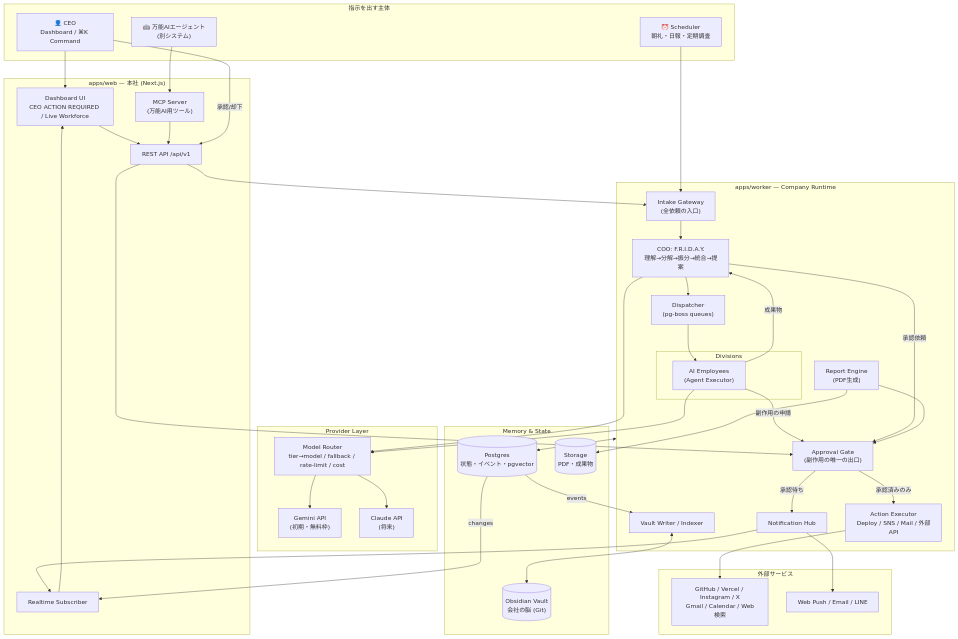
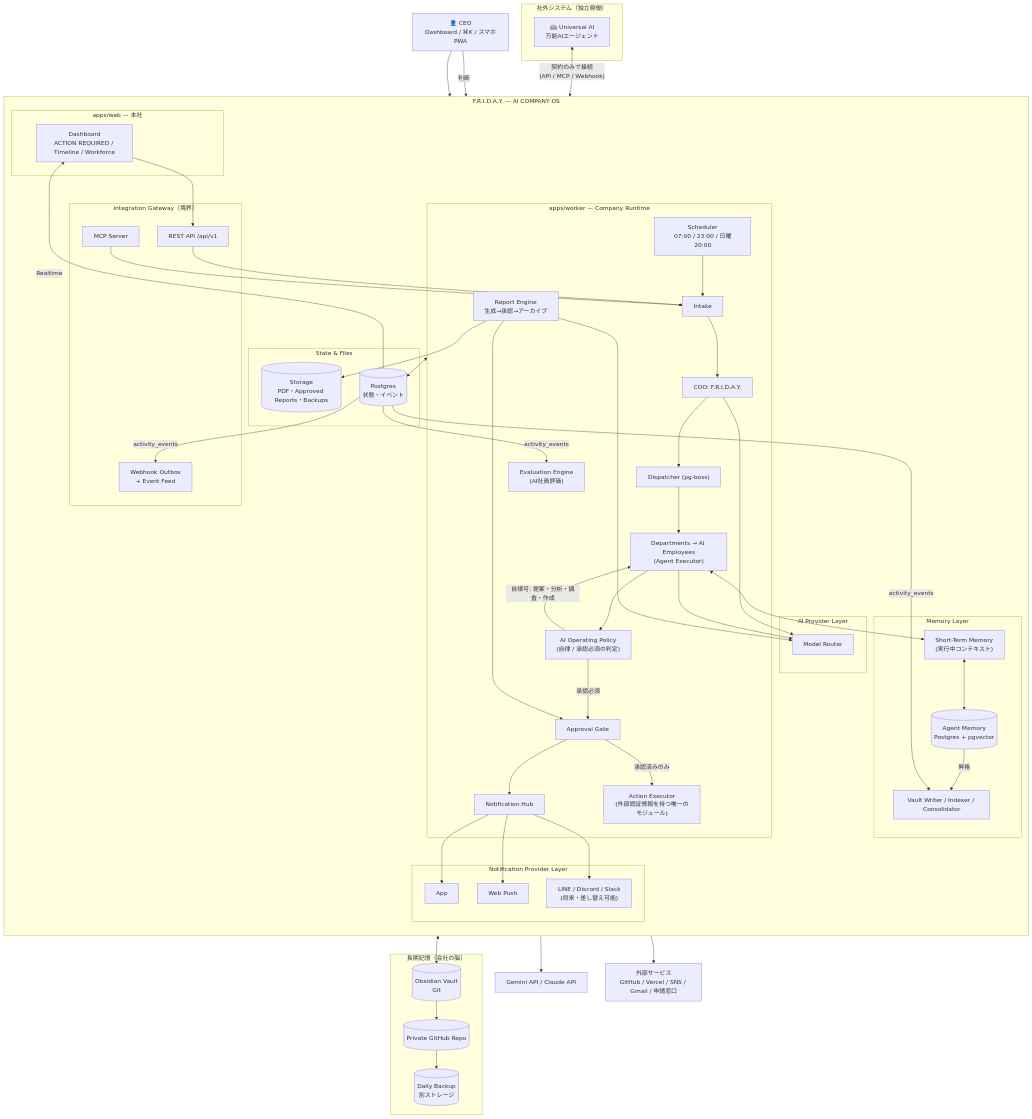
The first of 6 diagrams in docs/design/01-architecture.md (Re-Palette/ARQO-Company), drawn with Mermaid before and after one commit. The commit also changed other lines of this file and 32 other files, not shown here.

````diff
--- a/docs/design/01-architecture.md
+++ b/docs/design/01-architecture.md
@@ -44,67 +46,89 @@
 ```mermaid
 flowchart TB
-    subgraph Actors["指示を出す主体"]
-        CEO["👤 CEO<br/>Dashboard / ⌘K Command"]
-        UA["🤖 万能AIエージェント<br/>(別システム)"]
-        CRON["⏰ Scheduler<br/>朝礼・日報・定期調査"]
+    CEO["👤 CEO<br/>Dashboard / ⌘K / スマホPWA"]
+
+    subgraph EXT_UA["社外システム（独立稼働）"]
+        UA["🤖 Universal AI<br/>万能AIエージェント"]
     end
 
-    subgraph Web["apps/web — 本社 (Next.js)"]
-        UI["Dashboard UI<br/>CEO ACTION REQUIRED / Live Workforce"]
-        API["REST API /api/v1"]
-        MCP["MCP Server<br/>(万能AI用ツール)"]
-        RT["Realtime Subscriber"]
+    subgraph FRIDAY["F.R.I.D.A.Y. — AI COMPANY OS"]
+        direction TB
+
+        subgraph EDGE["Integration Gateway（境界）"]
+            API["REST API /api/v1"]
+            MCP["MCP Server"]
+            OUTBOX["Webhook Outbox<br/>+ Event Feed"]
+        end
+
+        subgraph WEB["apps/web — 本社"]
+            UI["Dashboard<br/>ACTION REQUIRED / Timeline / Workforce"]
+        end
+
+        subgraph RUNTIME["apps/worker — Company Runtime"]
+            INTAKE["Intake"]
+            COO["COO: F.R.I.D.A.Y."]
+            DISP["Dispatcher (pg-boss)"]
+            AG["Departments → AI Employees<br/>(Agent Executor)"]
+            POLICY["AI Operating Policy<br/>(自律 / 承認必須の判定)"]
+            GATE["Approval Gate"]
+            EXEC["Action Executor<br/>(外部認証情報を持つ唯一のモジュール)"]
+            REP["Report Engine<br/>生成→承認→アーカイブ"]
+            EVAL["Evaluation Engine<br/>(AI社員評価)"]
+            SCHED["Scheduler<br/>07:00 / 23:00 / 日曜20:00"]
+            NHUB["Notification Hub"]
+        end
+
+        subgraph MEM["Memory Layer"]
+            STM["Short-Term Memory<br/>(実行中コンテキスト)"]
+            AMEM[("Agent Memory<br/>Postgres + pgvector")]
+            VW["Vault Writer / Indexer / Consolidator"]
+        end
+
+        subgraph STATE["State & Files"]
+            PG[("Postgres<br/>状態・イベント")]
+            ST[("Storage<br/>PDF・Approved Reports・Backups")]
+        end
+
+        subgraph AIL["AI Provider Layer"]
+            ROUTER["Model Router"]
+        end
+
+        subgraph NPL["Notification Provider Layer"]
+            NAPP["App"]
+            NPUSH["Web Push"]
+            NFUT["LINE / Discord / Slack<br/>(将来・差し替え可能)"]
+        end
     end
 
-    subgraph Runtime["apps/worker — Company Runtime"]
-        INTAKE["Intake Gateway<br/>(全依頼の入口)"]
-        COO["COO: F.R.I.D.A.Y.<br/>理解→分解→振分→統合→提案"]
-        DISP["Dispatcher<br/>(pg-boss queues)"]
-        subgraph Divs["Divisions"]
-            AG["AI Employees<br/>(Agent Executor)"]
-        end
-        GATE["Approval Gate<br/>(副作用の唯一の出口)"]
-        EXEC["Action Executor<br/>Deploy / SNS / Mail / 外部API"]
-        REP["Report Engine<br/>(PDF生成)"]
-        NOTI["Notification Hub"]
-        VW["Vault Writer / Indexer"]
+    subgraph LT["長期記憶（会社の脳）"]
+        VAULT[("Obsidian Vault<br/>Git")]
+        GH[("Private GitHub Repo")]
+        BK[("Daily Backup<br/>別ストレージ")]
     end
 
-    subgraph AI["Provider Layer"]
-        ROUTER["Model Router<br/>tier→model / fallback / rate-limit / cost"]
-        GEM["Gemini API<br/>(初期・無料枠)"]
-        CLA["Claude API<br/>(将来)"]
-    end
-
-    subgraph Data["Memory & State"]
-        PG[("Postgres<br/>状態・イベント・pgvector")]
-        ST[("Storage<br/>PDF・成果物")]
-        VAULT[("Obsidian Vault<br/>会社の脳 (Git)")]
-    end
-
-    subgraph Ext["外部サービス"]
-        EXTS["GitHub / Vercel / Instagram / X<br/>Gmail / Calendar / Web検索"]
-        PUSH["Web Push / Email / LINE"]
-    end
+    LLM["Gemini API / Claude API"]
+    EXTS["外部サービス<br/>GitHub / Vercel / SNS / Gmail / 申請窓口"]
 
     CEO --> UI --> API
-    UA --> MCP --> API
-    CRON --> INTAKE
-    API --> INTAKE --> COO --> DISP --> AG
-    AG -- 成果物 --> COO
-    AG -- 副作用の申請 --> GATE
-    COO -- 承認依頼 --> GATE
-    GATE -- 承認待ち --> NOTI
-    CEO -- 承認/却下 --> API --> GATE
-    GATE -- 承認済みのみ --> EXEC --> EXTS
+    UA <-->|"契約のみで接続<br/>(API / MCP / Webhook)"| EDGE
+    API & MCP --> INTAKE
+    SCHED --> INTAKE
+    INTAKE --> COO --> DISP --> AG
+    AG --> POLICY
+    POLICY -->|"自律可: 提案・分析・調査・作成"| AG
+    POLICY -->|"承認必須"| GATE
+    GATE --> NHUB
+    CEO -->|"判断"| GATE
+    GATE -->|"承認済みのみ"| EXEC --> EXTS
+    AG <--> STM
+    STM <--> AMEM
+    AMEM -->|"昇格"| VW
+    VW <--> VAULT --> GH --> BK
     REP --> ST
     REP --> GATE
-    NOTI --> PUSH
-    NOTI --> RT
-    COO & AG --> ROUTER
-    ROUTER --> GEM & CLA
-    Runtime <--> PG
-    VW <--> VAULT
-    PG -- events --> VW
-    PG -- changes --> RT --> UI
+    COO & AG & REP --> ROUTER --> LLM
+    NHUB --> NAPP & NPUSH & NFUT
+    RUNTIME <--> PG
+    PG -->|"activity_events"| EVAL & OUTBOX & VW
+    PG -->|"Realtime"| UI
 ```
````
